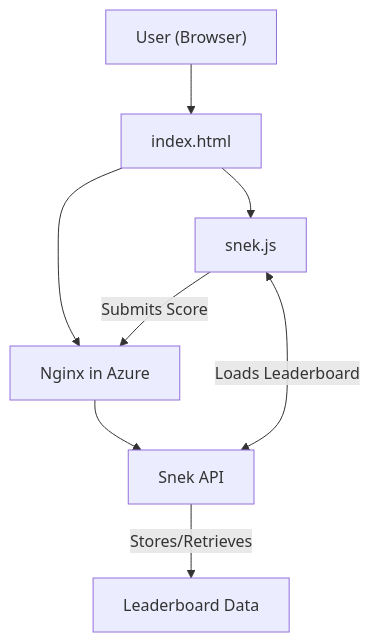
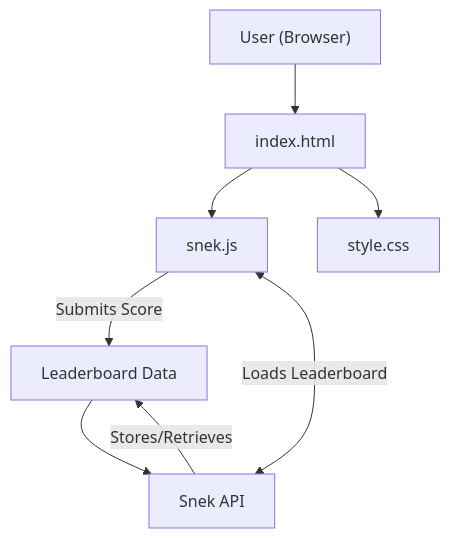
Before and after one commit to RBBSec/rbbsec-website: the diagram in README.md, drawn with Mermaid.

````diff
--- a/README.md
+++ b/README.md
@@ -3,10 +3,10 @@
 ```mermaid 
 graph TD 
     A["User (Browser)"] --> B["index.html"]
     B --> C["snek.js"]
     B --> D["style.css"]
-    C -->|Submits Score| D["Nginx in Azure"]
-    D --> E["Snek API"]
+    C -->|Submits Score| F["Nginx in Azure"]
+    F --> E["Snek API"]
     C <-->|Loads Leaderboard| E 
     E -->|Stores/Retrieves| F["Leaderboard Data"] 
 ```
````
